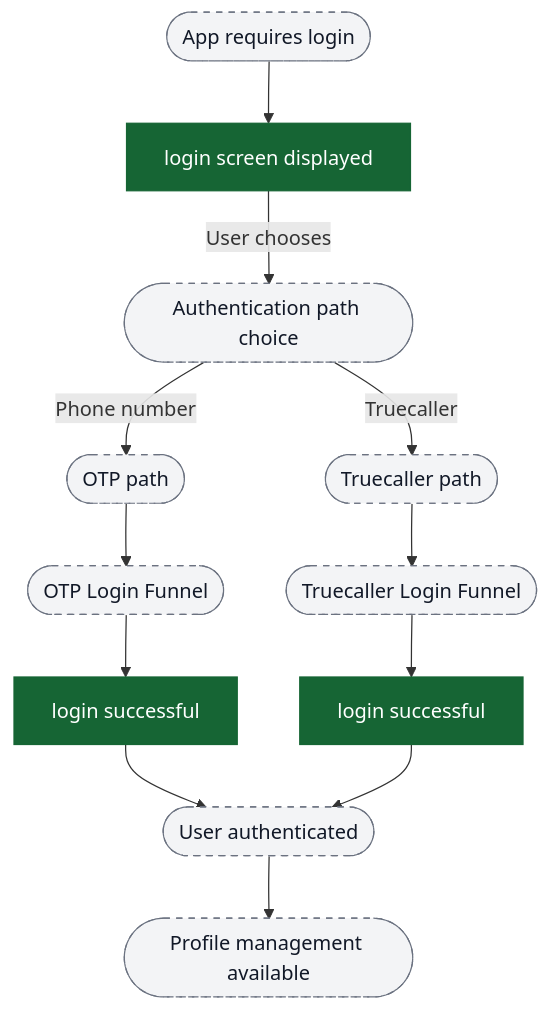
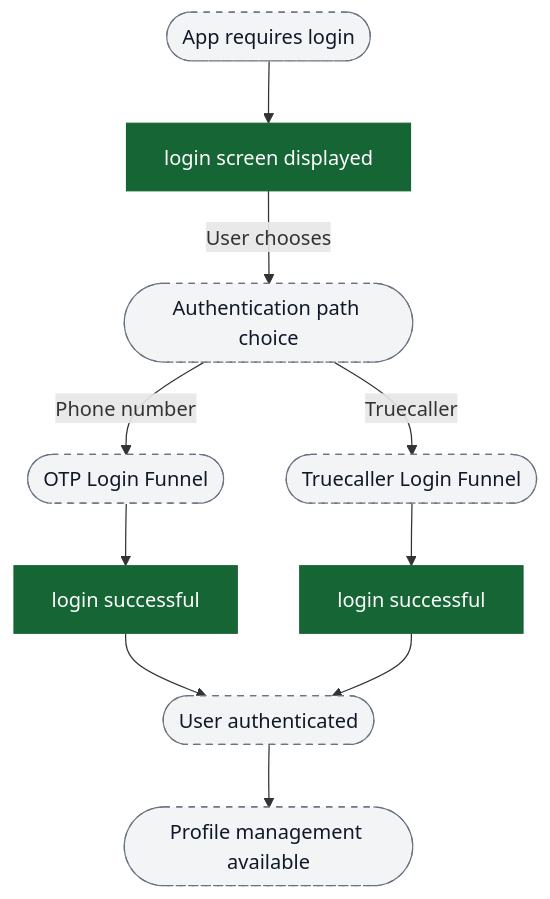
The second of 5 diagrams in content/analytics/authentication/flow-diagrams.md (ratulsarna/chalo-app-dashboard), drawn with Mermaid before and after one commit.

Commit message:
docs(analytics): simplify auth overview diagram
Remove redundant OTP/Truecaller path nodes in the authentication overview diagram.

````diff
--- a/content/analytics/authentication/flow-diagrams.md
+++ b/content/analytics/authentication/flow-diagrams.md
@@ -32,30 +32,27 @@
 ```mermaid
 flowchart TD
   %%chalo:diagram-link funnel_otp -> title:Funnel 1: OTP-based login (phone number)
   %%chalo:diagram-link funnel_truecaller -> title:Funnel 2: Truecaller login
   %%chalo:diagram-link ui_profileAccess -> title:Funnel 3: User profile management (post-authentication)
   ui_entry([App requires login]) --> ev_loginScreen["login screen displayed"]
 
   ev_loginScreen -->|User chooses| ui_pathChoice([Authentication path choice])
 
-  ui_pathChoice -->|Phone number| ui_otpPath([OTP path])
-  ui_pathChoice -->|Truecaller| ui_truecallerPath([Truecaller path])
-
-  ui_otpPath --> funnel_otp([OTP Login Funnel])
-  ui_truecallerPath --> funnel_truecaller([Truecaller Login Funnel])
+  ui_pathChoice -->|Phone number| funnel_otp([OTP Login Funnel])
+  ui_pathChoice -->|Truecaller| funnel_truecaller([Truecaller Login Funnel])
 
   funnel_otp --> ev_loginSuccess1["login successful"]
   funnel_truecaller --> ev_loginSuccess2["login successful"]
 
   ev_loginSuccess1 --> ui_authenticated([User authenticated])
   ev_loginSuccess2 --> ui_authenticated
 
   ui_authenticated --> ui_profileAccess([Profile management available])
 
   classDef event fill:#166534,stroke:#166534,color:#ffffff;
   classDef ui fill:#f3f4f6,stroke:#6b7280,stroke-dasharray: 5 5,color:#111827;
   classDef external fill:#ffffff,stroke:#6b7280,stroke-dasharray: 3 3,color:#111827;
 
   class ev_loginScreen,ev_loginSuccess1,ev_loginSuccess2 event;
-  class ui_entry,ui_pathChoice,ui_otpPath,ui_truecallerPath,ui_authenticated,ui_profileAccess,funnel_otp,funnel_truecaller ui;
+  class ui_entry,ui_pathChoice,ui_authenticated,ui_profileAccess,funnel_otp,funnel_truecaller ui;
 ```
````
